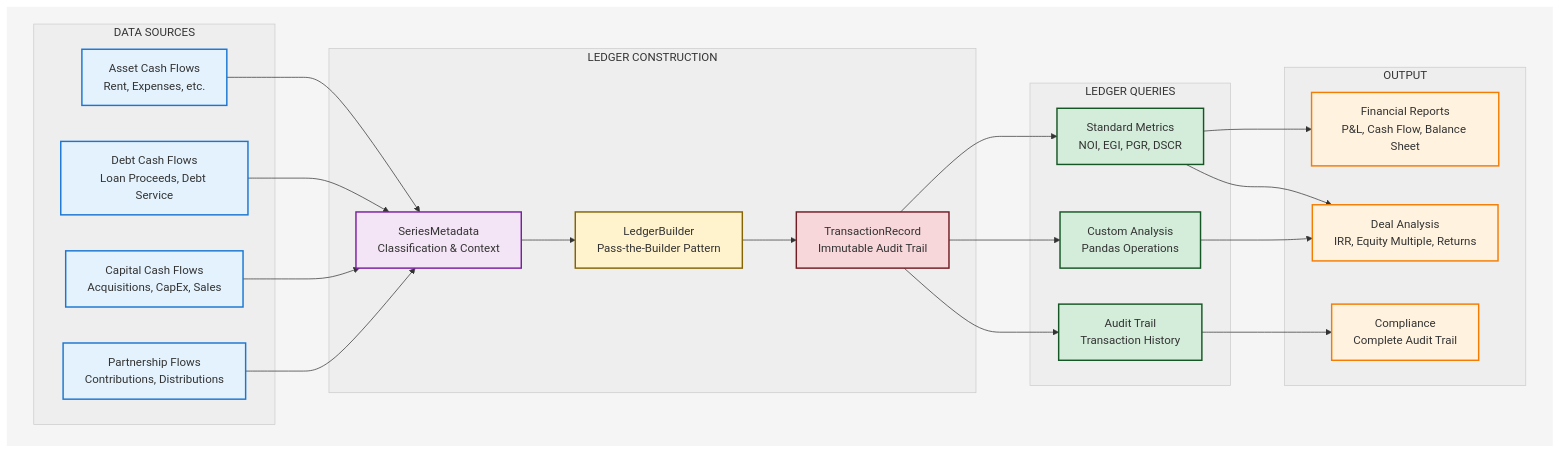
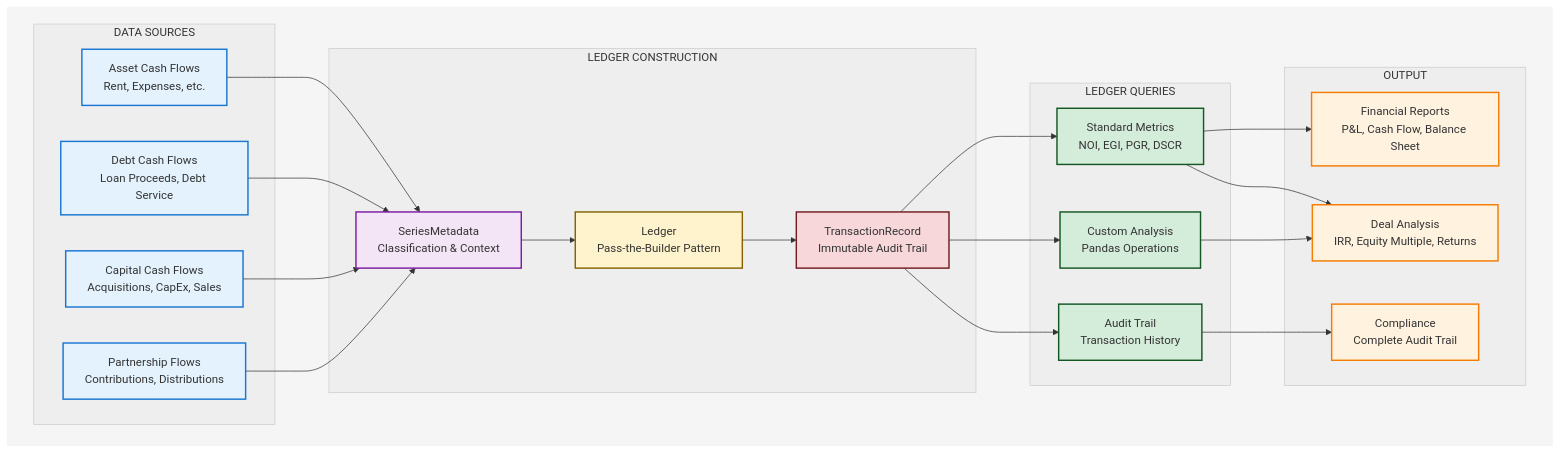
Before and after one commit to dnix/performa: the first of 2 diagrams in src/performa/core/README.md, drawn with Mermaid. The commit also changed 3 other files, not shown here.

````diff
--- a/src/performa/core/README.md
+++ b/src/performa/core/README.md
@@ -37,76 +37,76 @@
 ```mermaid
 %%{ init : { "theme" : "default" }}%%
 graph TD
     subgraph wrap [" "]
         subgraph data ["DATA SOURCES"]
             A[Asset Cash Flows<br/>Rent, Expenses, etc.]
             B[Debt Cash Flows<br/>Loan Proceeds, Debt Service]
             C[Capital Cash Flows<br/>Acquisitions, CapEx, Sales]
             D[Partnership Flows<br/>Contributions, Distributions]
         end
 
         subgraph ledger ["LEDGER CONSTRUCTION"]
             E[SeriesMetadata<br/>Classification & Context]
-            F[LedgerBuilder<br/>Pass-the-Builder Pattern]
+            F[Ledger<br/>Pass-the-Builder Pattern]
             G[TransactionRecord<br/>Immutable Audit Trail]
         end
 
         subgraph queries ["LEDGER QUERIES"]
             H[Standard Metrics<br/>NOI, EGI, PGR, DSCR]
             I[Custom Analysis<br/>Pandas Operations]
             J[Audit Trail<br/>Transaction History]
         end
 
         subgraph output ["OUTPUT"]
             K[Financial Reports<br/>P&L, Cash Flow, Balance Sheet]
             L[Deal Analysis<br/>IRR, Equity Multiple, Returns]
             M[Compliance<br/>Complete Audit Trail]
         end
     end
 
     A --> E
     B --> E
     C --> E
     D --> E
     
     E --> F
     F --> G
     G --> H
     G --> I
     G --> J
     
     H --> K
     H --> L
     I --> L
     J --> M
 
     %% Data Sources - Blue theme
     style A fill:#e3f2fd,stroke:#1976d2,stroke-width:2px
     style B fill:#e3f2fd,stroke:#1976d2,stroke-width:2px
     style C fill:#e3f2fd,stroke:#1976d2,stroke-width:2px
     style D fill:#e3f2fd,stroke:#1976d2,stroke-width:2px
     
     %% Metadata - Purple theme
     style E fill:#f3e5f5,stroke:#7b1fa2,stroke-width:2px
     
     %% Ledger Construction - Yellow/Red theme (existing)
     style F fill:#fff3cd,stroke:#856404,stroke-width:2px
     style G fill:#f8d7da,stroke:#721c24,stroke-width:2px
     
     %% Ledger Queries - Green theme (existing)
     style H fill:#d4edda,stroke:#155724,stroke-width:2px
     style I fill:#d4edda,stroke:#155724,stroke-width:2px
     style J fill:#d4edda,stroke:#155724,stroke-width:2px
     
     %% Outputs - Orange theme
     style K fill:#fff3e0,stroke:#f57c00,stroke-width:2px
     style L fill:#fff3e0,stroke:#f57c00,stroke-width:2px
     style M fill:#fff3e0,stroke:#f57c00,stroke-width:2px
 
     %% Style subgraphs to override yellow default
     style wrap fill:#f5f5f5,stroke-width:0px
     style data fill:#eee,stroke:#ccc,stroke-width:1px
     style ledger fill:#eee,stroke:#ccc,stroke-width:1px
     style queries fill:#eee,stroke:#ccc,stroke-width:1px
     style output fill:#eee,stroke:#ccc,stroke-width:1px
 ```
````
